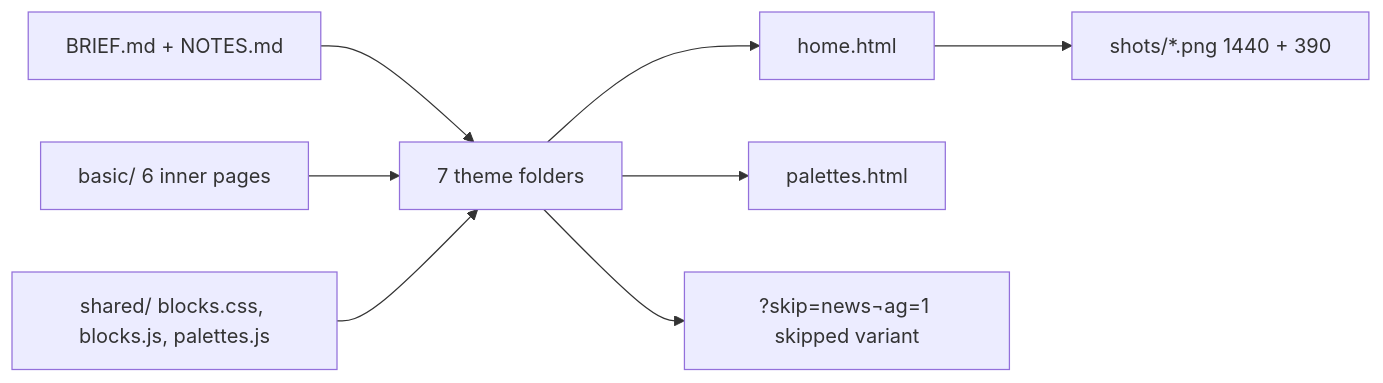
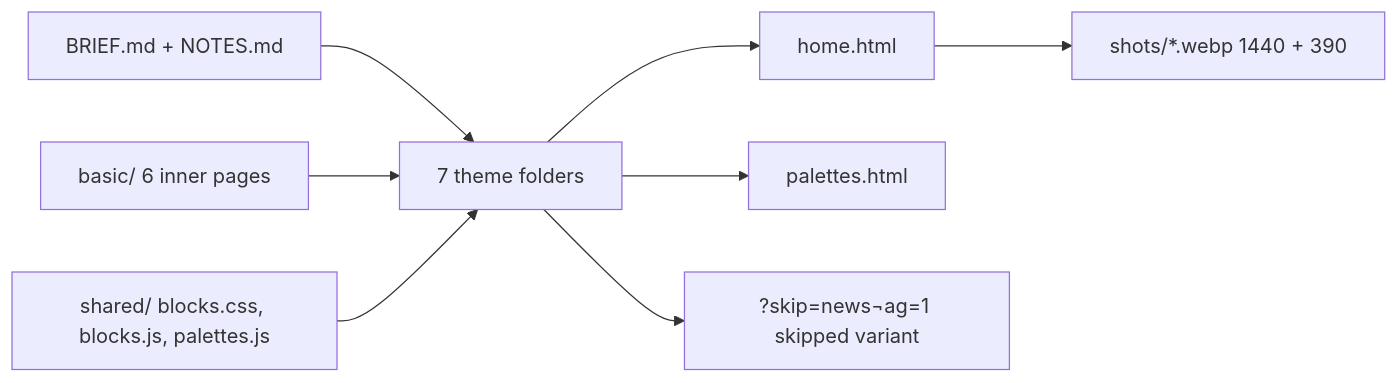
The diagram in docs/ux-research/epic-40-public-website/README.md (LBCron/biddaloy), drawn with Mermaid before and after one commit. The commit also changed other lines of this file and 132 other files, not shown here.

````diff
--- a/docs/ux-research/epic-40-public-website/README.md
+++ b/docs/ux-research/epic-40-public-website/README.md
@@ -20,10 +23,10 @@
 ```mermaid
 flowchart LR
   BRIEF[BRIEF.md + NOTES.md] --> T[7 theme folders]
   T --> H[home.html]
   T --> P[palettes.html]
   T --> V[?skip=news&notag=1 skipped variant]
   B[basic/ 6 inner pages] --> T
   S[shared/ blocks.css, blocks.js, palettes.js] --> T
-  H --> shots[shots/*.png 1440 + 390]
+  H --> shots[shots/*.webp 1440 + 390]
 ```
````
